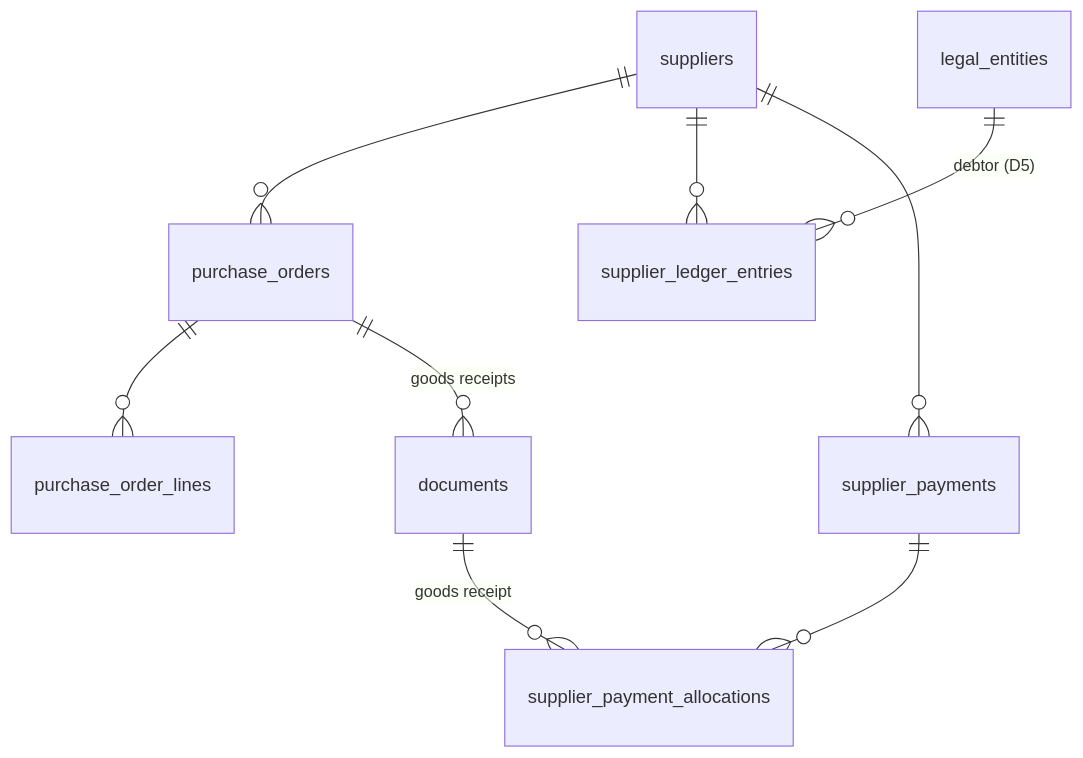
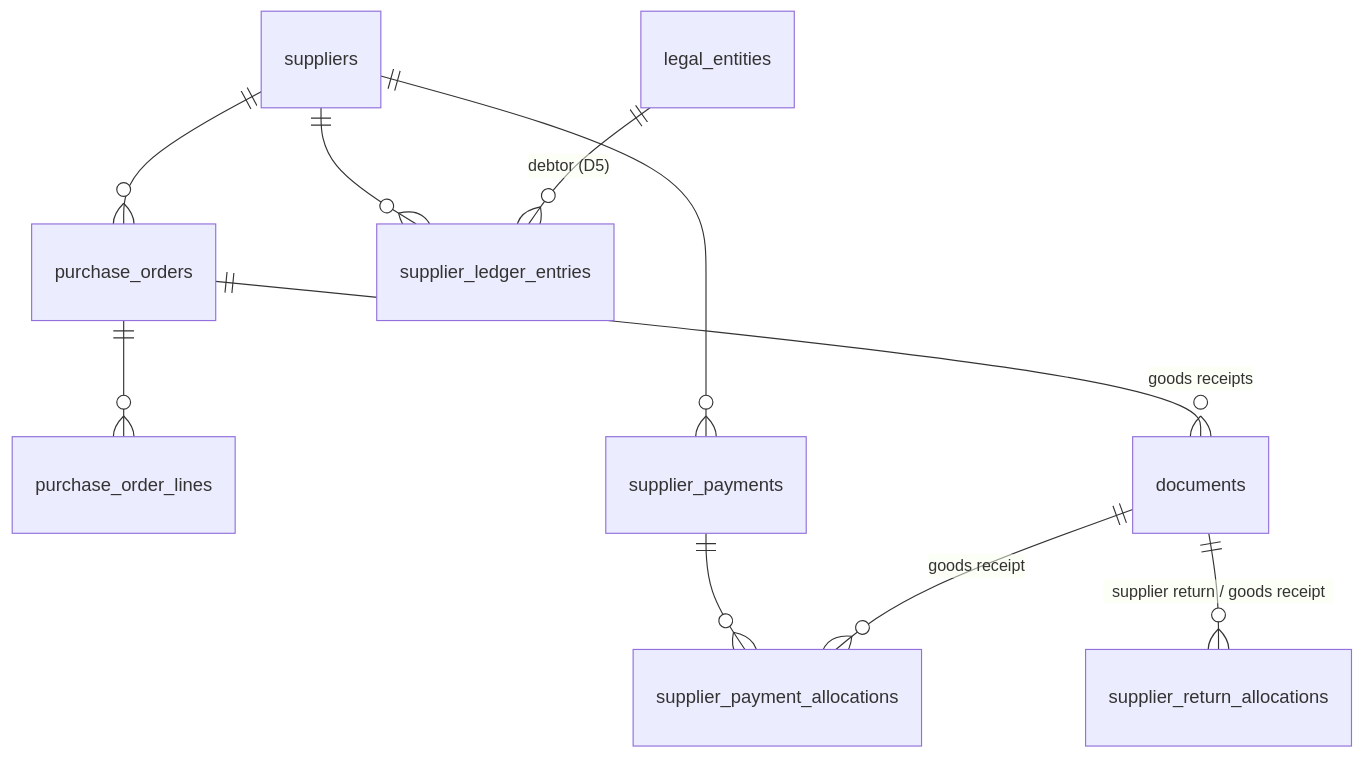
The diagram in docs/architecture/data-model/05-purchasing.md (zohidweb/pharmacy), drawn with Mermaid before and after one commit. The commit also changed other lines of this file and 3 other files, not shown here.

````diff
--- a/docs/architecture/data-model/05-purchasing.md
+++ b/docs/architecture/data-model/05-purchasing.md
@@ -5,11 +5,12 @@
 ```mermaid
 erDiagram
   suppliers ||--o{ purchase_orders : ""
   purchase_orders ||--o{ purchase_order_lines : ""
   purchase_orders ||--o{ documents : "goods receipts"
   suppliers ||--o{ supplier_ledger_entries : ""
   legal_entities ||--o{ supplier_ledger_entries : "debtor (D5)"
   suppliers ||--o{ supplier_payments : ""
   supplier_payments ||--o{ supplier_payment_allocations : ""
   documents ||--o{ supplier_payment_allocations : "goods receipt"
+  documents ||--o{ supplier_return_allocations : "supplier return / goods receipt"
 ```
````
